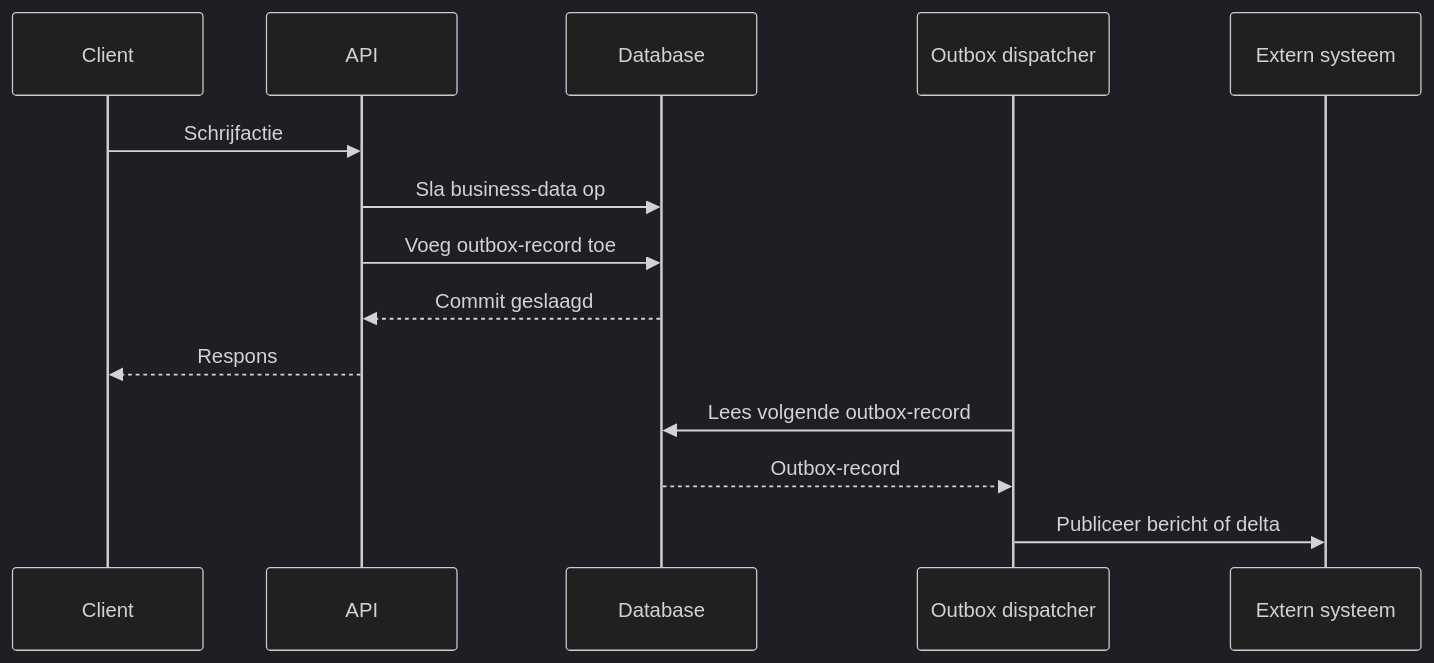
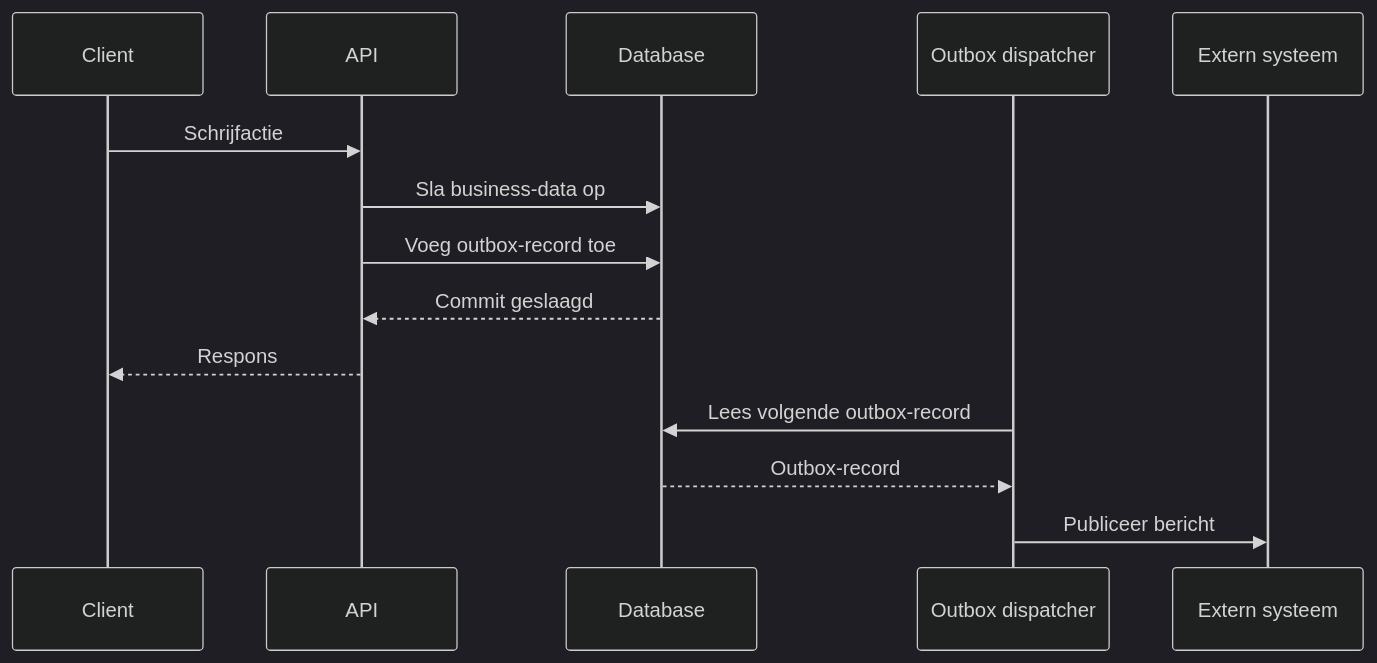
Before and after one commit to developer-overheid-nl/don-site: the diagram in docs/api-ontwikkeling/architectuur/transactionele-outbox.md, drawn with Mermaid (dark theme). The commit also changed other lines of this file, not shown here.

````diff
--- a/docs/api-ontwikkeling/architectuur/transactionele-outbox.md
+++ b/docs/api-ontwikkeling/architectuur/transactionele-outbox.md
@@ -53,18 +41,18 @@
 ```mermaid
 sequenceDiagram
     participant c as Client
     participant a as API
     participant d as Database
     participant o as Outbox dispatcher
     participant x as Extern systeem
 
     c->>a: Schrijfactie
     a->>d: Sla business-data op
     a->>d: Voeg outbox-record toe
     d-->>a: Commit geslaagd
     a-->>c: Respons
 
     o->>d: Lees volgende outbox-record
     d-->>o: Outbox-record
-    o->>x: Publiceer bericht of delta
+    o->>x: Publiceer bericht
 ```
````
